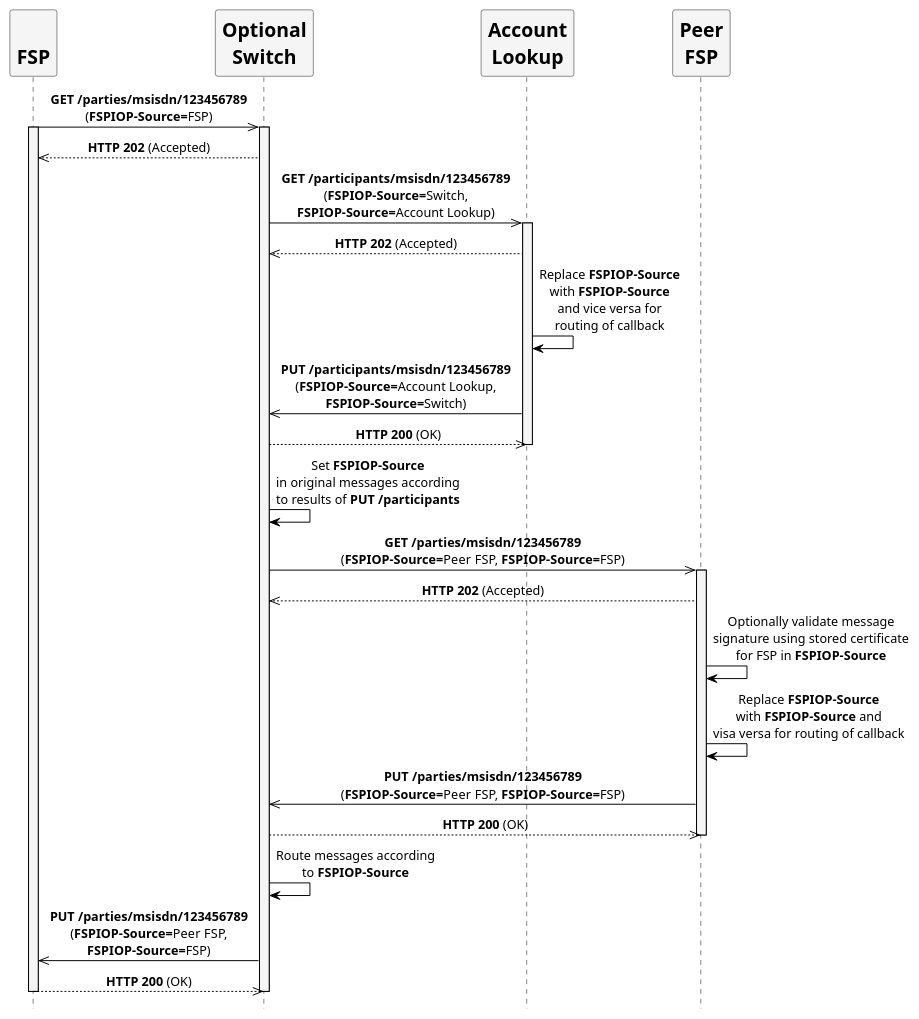
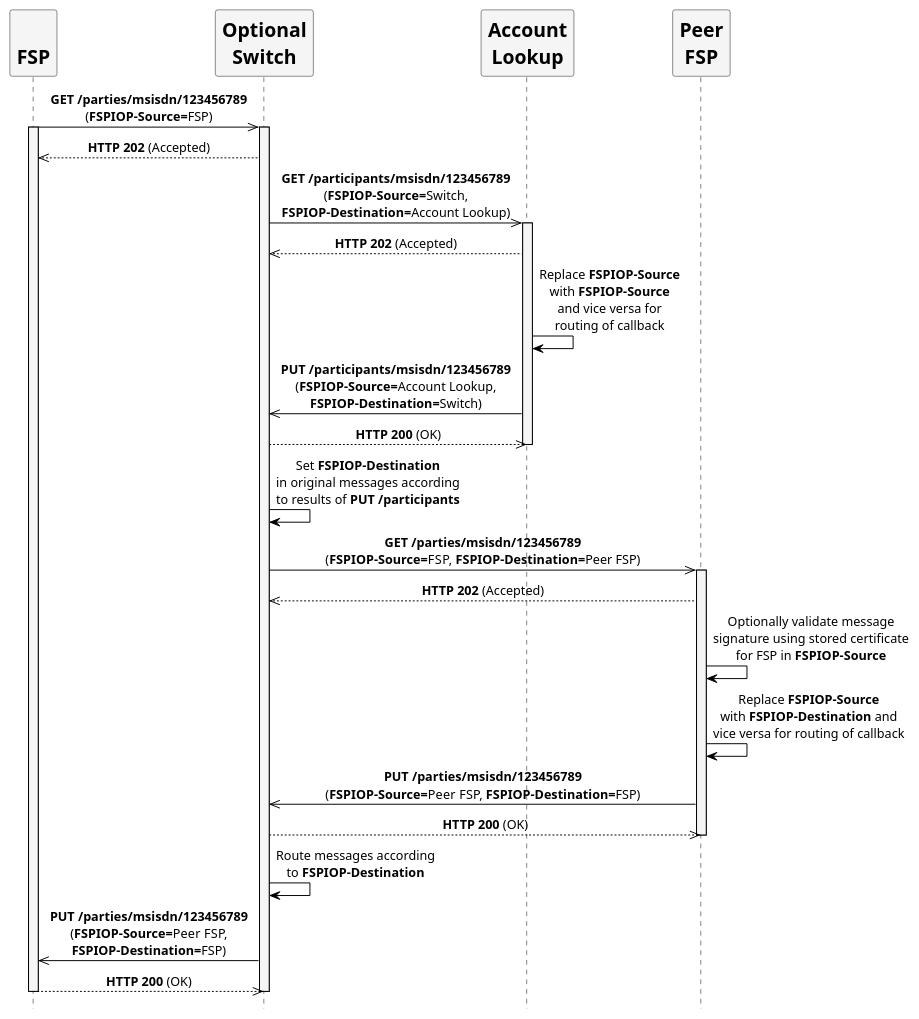
One commit to mojaloop/mojaloop-specification changed the diagram in assets/diagrams/sequence/figure5.plantuml. Above: the diagram before and after it, drawn with PlantUML. The commit also changed 32 other files, not shown here.

```diff
--- a/assets/diagrams/sequence/figure5.plantuml
+++ b/assets/diagrams/sequence/figure5.plantuml
@@ -24,54 +24,54 @@
 @startuml
 ' declaring skinparam
 skinparam sequenceMessageAlign center
 skinparam shadowing false
 skinparam defaultFontName Verdana
 skinparam monochrome true
 skinparam SequenceLifeLineBackgroundColor WhiteSmoke
 skinparam SequenceLifeLineBorderColor Black
 skinparam ParticipantFontStyle Bold
 skinparam ParticipantFontSize 20
 skinparam ParticipantBackgroundColor WhiteSmoke
 skinparam ArrowColor Black
 
 hide footbox
 
 ' declare title
 ' title Example scenario where FSPIOP-Destination is unknown by FSP
 
 ' Actor Keys:
 ' participant - FSP, Peer FSP, Optional Switch and Account Lookup
 
 ' declare actors
 participant "\nFSP" as FSP
 participant "Optional\nSwitch" as Switch
 participant "Account\nLookup" as ALS
 participant "Peer\nFSP" as PEERFSP
 
 ' start flow
 FSP ->> Switch: **GET /parties/msisdn/123456789**\n(**FSPIOP-Source=**FSP)
 activate FSP
 activate Switch
 FSP <<-- Switch: **HTTP 202** (Accepted)
-Switch ->> ALS: **GET /participants/msisdn/123456789**\n(**FSPIOP-Source=**Switch,\n**FSPIOP-Source=**Account Lookup)
+Switch ->> ALS: **GET /participants/msisdn/123456789**\n(**FSPIOP-Source=**Switch,\n**FSPIOP-Destination=**Account Lookup)
 activate ALS
 Switch <<-- ALS: **HTTP 202** (Accepted)
 ALS -> ALS: Replace **FSPIOP-Source**\nwith **FSPIOP-Source**\nand vice versa for\nrouting of callback
-Switch <<- ALS: **PUT /participants/msisdn/123456789**\n(**FSPIOP-Source=**Account Lookup,\n**FSPIOP-Source=**Switch)
+Switch <<- ALS: **PUT /participants/msisdn/123456789**\n(**FSPIOP-Source=**Account Lookup,\n**FSPIOP-Destination=**Switch)
 Switch -->> ALS: **HTTP 200** (OK)
 deactivate ALS
-Switch -> Switch: Set **FSPIOP-Source**\nin original messages according\nto results of **PUT /participants**
-Switch ->> PEERFSP: **GET /parties/msisdn/123456789**\n(**FSPIOP-Source=**Peer FSP, **FSPIOP-Source=**FSP)
+Switch -> Switch: Set **FSPIOP-Destination**\nin original messages according\nto results of **PUT /participants**
+Switch ->> PEERFSP: **GET /parties/msisdn/123456789**\n(**FSPIOP-Source=**FSP, **FSPIOP-Destination=**Peer FSP)
 activate PEERFSP
 Switch <<-- PEERFSP: **HTTP 202** (Accepted)
 PEERFSP -> PEERFSP: Optionally validate message\nsignature using stored certificate\nfor FSP in **FSPIOP-Source**
-PEERFSP -> PEERFSP: Replace **FSPIOP-Source**\nwith **FSPIOP-Source** and\nvisa versa for routing of callback
-Switch <<- PEERFSP: **PUT /parties/msisdn/123456789**\n(**FSPIOP-Source=**Peer FSP, **FSPIOP-Source=**FSP)
+PEERFSP -> PEERFSP: Replace **FSPIOP-Source**\nwith **FSPIOP-Destination** and\nvice versa for routing of callback
+Switch <<- PEERFSP: **PUT /parties/msisdn/123456789**\n(**FSPIOP-Source=**Peer FSP, **FSPIOP-Destination=**FSP)
 Switch -->> PEERFSP: **HTTP 200** (OK)
 deactivate PEERFSP
-Switch -> Switch: Route messages according\nto **FSPIOP-Source**
-FSP <<- Switch: **PUT /parties/msisdn/123456789**\n(**FSPIOP-Source=**Peer FSP,\n**FSPIOP-Source=**FSP)
+Switch -> Switch: Route messages according\nto **FSPIOP-Destination**
+FSP <<- Switch: **PUT /parties/msisdn/123456789**\n(**FSPIOP-Source=**Peer FSP,\n**FSPIOP-Destination=**FSP)
 FSP -->> Switch: **HTTP 200** (OK)
 deactivate Switch
 deactivate FSP
 @enduml
```
